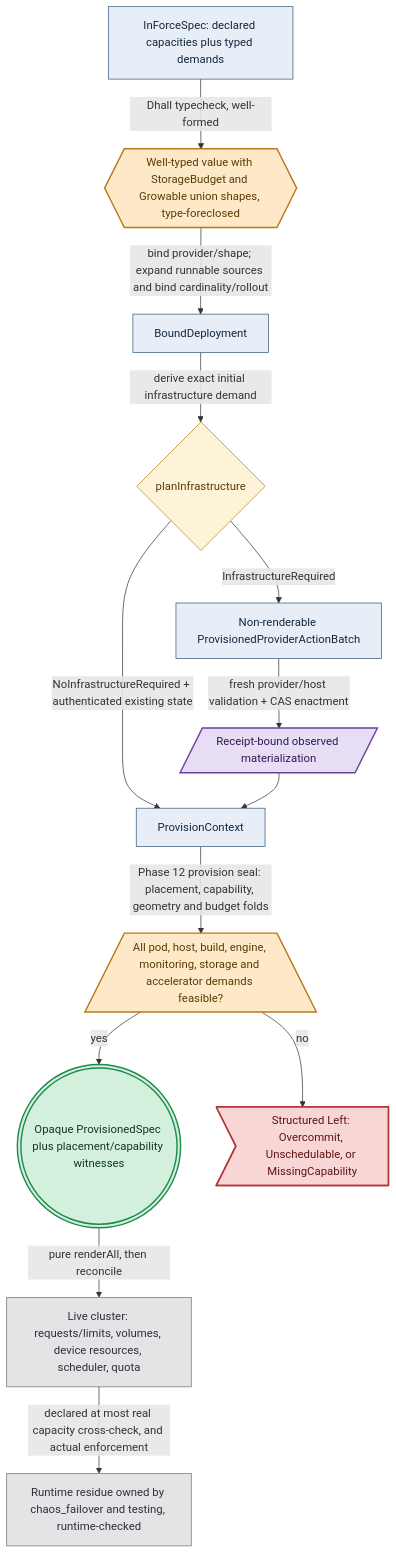
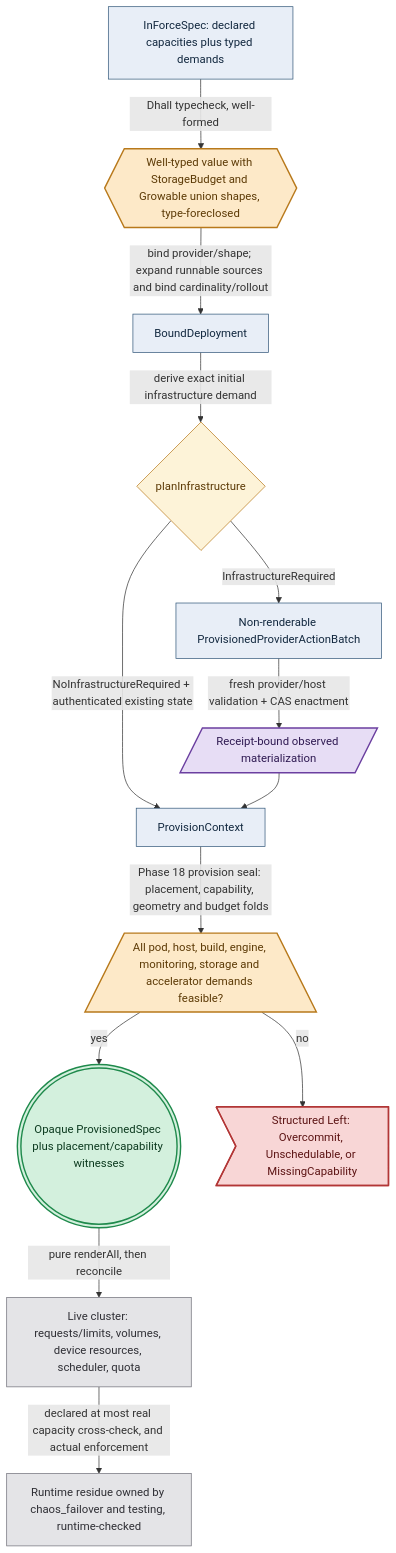
The diagram in documents/engineering/resource_capacity_doctrine.md (Tuee22/amoebius), drawn with Mermaid before and after one commit. The commit also changed other lines of this file and 381 other files, not shown here.

````diff
--- a/documents/engineering/resource_capacity_doctrine.md
+++ b/documents/engineering/resource_capacity_doctrine.md
@@ -161,23 +161,23 @@
 ```mermaid
 flowchart TD
 %% register: algebra
   spec["InForceSpec: declared capacities plus typed demands"]:::intent -->|Dhall typecheck, well-formed| typed{{"Well-typed value with StorageBudget and Growable union shapes, type-foreclosed"}}:::gate
   typed -->|bind provider/shape; expand runnable sources and bind cardinality/rollout| bound["BoundDeployment"]:::intent
   bound -->|derive exact initial infrastructure demand| infra{"planInfrastructure"}:::decision
   infra -->|NoInfrastructureRequired + authenticated existing state| context["ProvisionContext"]:::intent
   infra -->|InfrastructureRequired| batch["Non-renderable ProvisionedProviderActionBatch"]:::intent
   batch -->|fresh provider/host validation + CAS enactment| receipt[/"Receipt-bound observed materialization"/]:::effect
   receipt --> context
-  context -->|Phase 12 provision seal: placement, capability, geometry and budget folds| fold[/"All pod, host, build, engine, monitoring, storage and accelerator demands feasible?"\]:::gate
+  context -->|Phase 18 provision seal: placement, capability, geometry and budget folds| fold[/"All pod, host, build, engine, monitoring, storage and accelerator demands feasible?"\]:::gate
   fold -->|yes| ir((("Opaque ProvisionedSpec plus placement/capability witnesses"))):::seal
   fold -->|no| reject>"Structured Left: Overcommit, Unschedulable, or MissingCapability"]:::refuse
   ir -->|pure renderAll, then reconcile| runtime["Live cluster: requests/limits, volumes, device resources, scheduler, quota"]:::runtime
   runtime -->|declared at most real capacity cross-check, and actual enforcement| runtime-checked["Runtime residue owned by chaos_failover and testing, runtime-checked"]:::runtime
   classDef intent   fill:#e8eef7,stroke:#33587a,color:#12283f,stroke-width:1px
   classDef gate     fill:#fde9c8,stroke:#b8791b,color:#5c3a06,stroke-width:2px
   classDef decision fill:#fdf3d8,stroke:#b8791b,color:#5c3a06,stroke-width:1px
   classDef effect   fill:#e7ddf5,stroke:#6b3fa0,color:#2f1a52,stroke-width:2px
   classDef seal     fill:#d3f0dd,stroke:#1f8a4c,color:#0c3a1f,stroke-width:2px
   classDef refuse   fill:#f8d6d6,stroke:#b23636,color:#5c1414,stroke-width:2px
   classDef runtime  fill:#e4e4e7,stroke:#71717a,color:#2f2f35,stroke-width:1px
 ```
````
